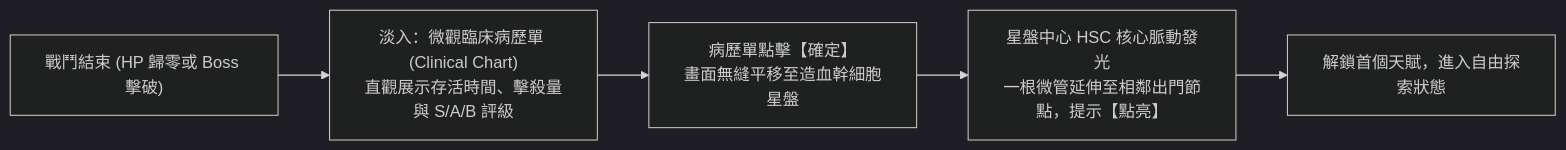
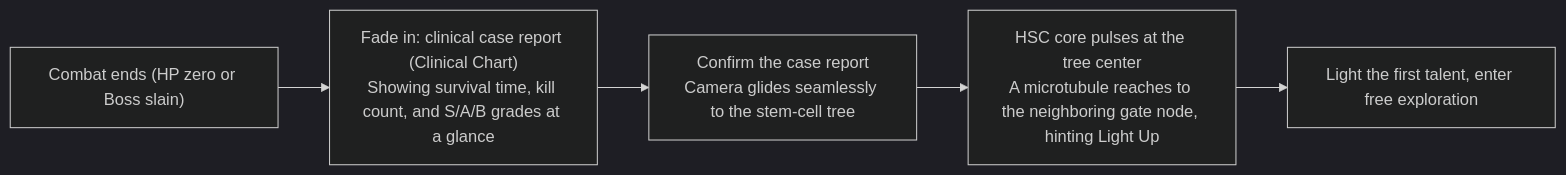
Before and after one commit to skyrocket-qy/Phagocyte: the second of 2 diagrams in docs/tutorial.md, drawn with Mermaid (dark theme). The commit also changed other lines of this file and 17 other files, not shown here.

````diff
--- a/docs/tutorial.md
+++ b/docs/tutorial.md
@@ -61,7 +59,7 @@
 ```mermaid
 flowchart LR
-    A["戰鬥結束 (HP 歸零或 Boss 擊破)"] --> B["淡入：微觀臨床病歷單 (Clinical Chart)<br>直觀展示存活時間、擊殺量與 S/A/B 評級"]
-    B --> C["病歷單點擊【確定】<br>畫面無縫平移至造血幹細胞星盤"]
-    C --> D["星盤中心 HSC 核心脈動發光<br>一根微管延伸至相鄰出門節點，提示【點亮】"]
-    D --> E["解鎖首個天賦，進入自由探索狀態"]
+    A["Combat ends (HP zero or Boss slain)"] --> B["Fade in: clinical case report (Clinical Chart)<br>Showing survival time, kill count, and S/A/B grades at a glance"]
+    B --> C["Confirm the case report<br>Camera glides seamlessly to the stem-cell tree"]
+    C --> D["HSC core pulses at the tree center<br>A microtubule reaches to the neighboring gate node, hinting Light Up"]
+    D --> E["Light the first talent, enter free exploration"]
 ```
````
